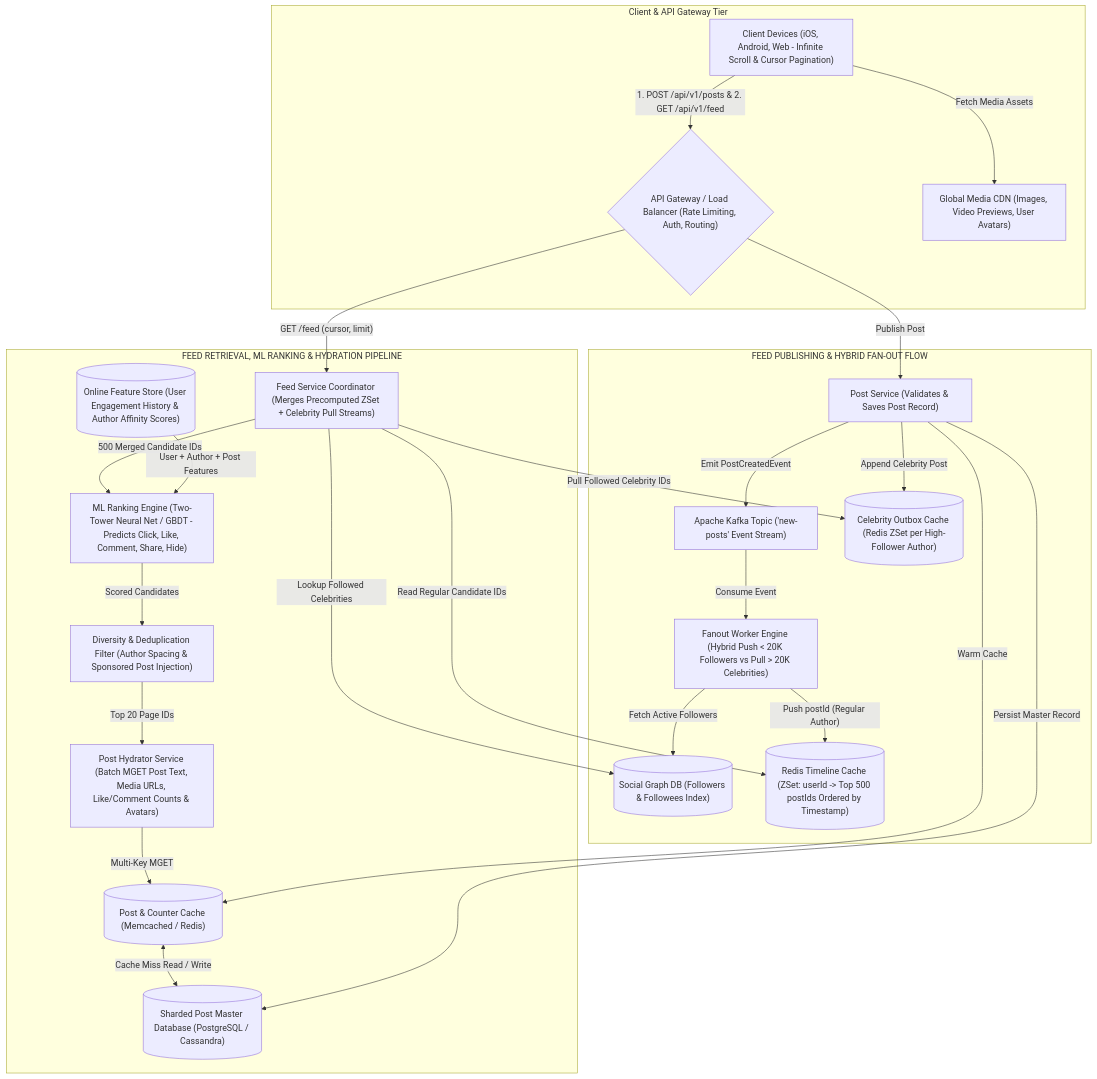
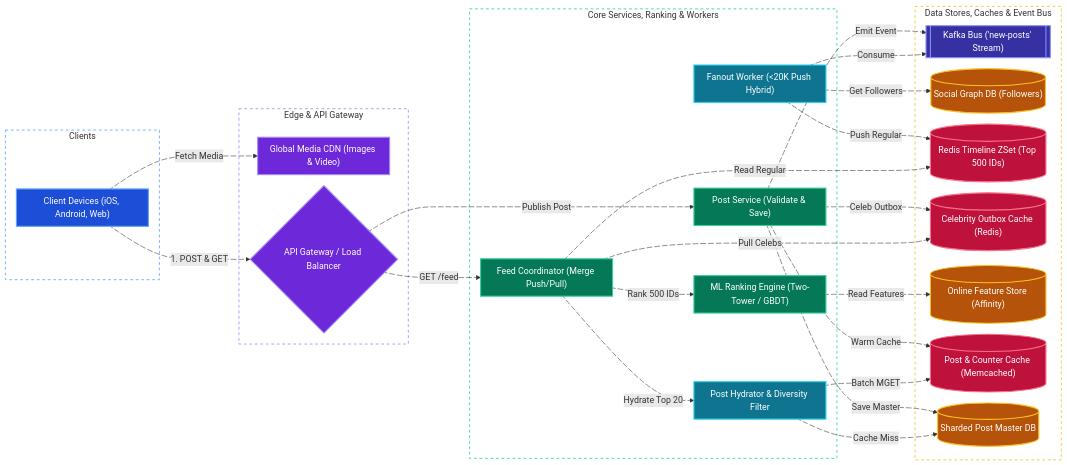
One commit to tarunbatta/tech-interview-prep changed the third of 4 diagrams in system-design/news-feed.md. Above: the diagram before and after it, drawn with Mermaid. The commit also changed other lines of this file and 30 other files, not shown here.

First line of the commit message:
docs(system-design): convert Mermaid flowcharts to LR with colors and animated edges

````diff
--- a/system-design/news-feed.md
+++ b/system-design/news-feed.md
@@ -213,45 +250,85 @@
 ```mermaid
-flowchart TD
-    subgraph ClientAndEdge["Client & API Gateway Tier"]
-        Client["Client Devices (iOS, Android, Web - Infinite Scroll & Cursor Pagination)"]
-        Gateway{"API Gateway / Load Balancer (Rate Limiting, Auth, Routing)"}
-        CDN["Global Media CDN (Images, Video Previews, User Avatars)"]
+%%{init: {'flowchart': {'nodeSpacing': 20, 'rankSpacing': 40, 'padding': 10}}}%%
+flowchart LR
+    subgraph ClientTier["Clients"]
+        Client["Client Devices (iOS, Android, Web)"]
     end
-    subgraph PublishingAndFanout["FEED PUBLISHING & HYBRID FAN-OUT FLOW"]
-        PostSvc["Post Service (Validates & Saves Post Record)"]
-        KafkaPosts["Apache Kafka Topic ('new-posts' Event Stream)"]
-        FanoutSvc["Fanout Worker Engine (Hybrid Push < 20K Followers vs Pull > 20K Celebrities)"]
-        UserGraph[("Social Graph DB (Followers & Followees Index)")]
-        RedisTimeline[("Redis Timeline Cache (ZSet: userId -> Top 500 postIds Ordered by Timestamp)")]
-        CelebrityCache[("Celebrity Outbox Cache (Redis ZSet per High-Follower Author)")]
-        PostSvc -->|"Emit PostCreatedEvent"| KafkaPosts
-        KafkaPosts -->|"Consume Event"| FanoutSvc
-        FanoutSvc -->|"Fetch Active Followers"| UserGraph
-        FanoutSvc -->|"Push postId (Regular Author)"| RedisTimeline
-        PostSvc -->|"Append Celebrity Post"| CelebrityCache
+    subgraph EdgeTier["Edge & API Gateway"]
+        CDN["Global Media CDN (Images & Video)"]
+        Gateway{"API Gateway / Load Balancer"}
     end
-    subgraph RetrievalAndRanking["FEED RETRIEVAL, ML RANKING & HYDRATION PIPELINE"]
-        FeedSvc["Feed Service Coordinator (Merges Precomputed ZSet + Celebrity Pull Streams)"]
-        FeatureStore[("Online Feature Store (User Engagement History & Author Affinity Scores)")]
-        Ranker["ML Ranking Engine (Two-Tower Neural Net / GBDT - Predicts Click, Like, Comment, Share, Hide)"]
-        DiversityFilter["Diversity & Deduplication Filter (Author Spacing & Sponsored Post Injection)"]
-        Hydrator["Post Hydrator Service (Batch MGET Post Text, Media URLs, Like/Comment Counts & Avatars)"]
-        PostCache[("Post & Counter Cache (Memcached / Redis)")]
-        PostMasterDB[("Sharded Post Master Database (PostgreSQL / Cassandra)")]
-        FeedSvc -->|"500 Merged Candidate IDs"| Ranker
-        FeatureStore -->|"User + Author + Post Features"| Ranker
-        Ranker -->|"Scored Candidates"| DiversityFilter
-        DiversityFilter -->|"Top 20 Page IDs"| Hydrator
-        Hydrator -->|"Multi-Key MGET"| PostCache
-        PostCache <-->|"Cache Miss Read / Write"| PostMasterDB
+    subgraph CoreServices["Core Services, Ranking & Workers"]
+        PostSvc["Post Service (Validate & Save)"]
+        FanoutSvc["Fanout Worker (<20K Push Hybrid)"]
+        FeedSvc["Feed Coordinator (Merge Push/Pull)"]
+        Ranker["ML Ranking Engine (Two-Tower / GBDT)"]
+        Hydrator["Post Hydrator & Diversity Filter"]
     end
-    Client -->|"1. POST /api/v1/posts & 2. GET /api/v1/feed"| Gateway
-    Client -->|"Fetch Media Assets"| CDN
-    Gateway -->|"Publish Post"| PostSvc
-    PostSvc -->|"Persist Master Record"| PostMasterDB
-    PostSvc -->|"Warm Cache"| PostCache
-    Gateway -->|"GET /feed (cursor, limit)"| FeedSvc
-    FeedSvc -->|"Read Regular Candidate IDs"| RedisTimeline
-    FeedSvc -->|"Pull Followed Celebrity IDs"| CelebrityCache
-    FeedSvc -->|"Lookup Followed Celebrities"| UserGraph
+    subgraph DataAndEventTier["Data Stores, Caches & Event Bus"]
+        KafkaPosts[["Kafka Bus ('new-posts' Stream)"]]
+        UserGraph[("Social Graph DB (Followers)")]
+        RedisTimeline[("Redis Timeline ZSet (Top 500 IDs)")]
+        CelebrityCache[("Celebrity Outbox Cache (Redis)")]
+        FeatureStore[("Online Feature Store (Affinity)")]
+        PostCache[("Post & Counter Cache (Memcached)")]
+        PostMasterDB[("Sharded Post Master DB")]
+    end
+    Client e1@-->|"1. POST & GET"| Gateway
+    Client e2@-->|"Fetch Media"| CDN
+    Gateway e3@-->|"Publish Post"| PostSvc
+    Gateway e4@-->|"GET /feed"| FeedSvc
+    PostSvc e5@-->|"Save Master"| PostMasterDB
+    PostSvc e6@-->|"Warm Cache"| PostCache
+    PostSvc e7@-->|"Celeb Outbox"| CelebrityCache
+    PostSvc e8@-->|"Emit Event"| KafkaPosts
+    FanoutSvc e9@-->|"Consume"| KafkaPosts
+    FanoutSvc e10@-->|"Get Followers"| UserGraph
+    FanoutSvc e11@-->|"Push Regular"| RedisTimeline
+    FeedSvc e12@-->|"Read Regular"| RedisTimeline
+    FeedSvc e13@-->|"Pull Celebs"| CelebrityCache
+    FeedSvc e14@-->|"Rank 500 IDs"| Ranker
+    Ranker e15@-->|"Read Features"| FeatureStore
+    FeedSvc e16@-->|"Hydrate Top 20"| Hydrator
+    Hydrator e17@-->|"Batch MGET"| PostCache
+    Hydrator e18@-->|"Cache Miss"| PostMasterDB
+
+    e1@{ animate: true }
+    e2@{ animate: true }
+    e3@{ animate: true }
+    e4@{ animate: true }
+    e5@{ animate: true }
+    e6@{ animate: true }
+    e7@{ animate: true }
+    e8@{ animate: true }
+    e9@{ animate: true }
+    e10@{ animate: true }
+    e11@{ animate: true }
+    e12@{ animate: true }
+    e13@{ animate: true }
+    e14@{ animate: true }
+    e15@{ animate: true }
+    e16@{ animate: true }
+    e17@{ animate: true }
+    e18@{ animate: true }
+
+    classDef client fill:#1d4ed8,stroke:#60a5fa,stroke-width:2px,color:#ffffff
+    classDef edge fill:#6d28d9,stroke:#a78bfa,stroke-width:2px,color:#ffffff
+    classDef service fill:#047857,stroke:#34d399,stroke-width:2px,color:#ffffff
+    classDef worker fill:#0e7490,stroke:#22d3ee,stroke-width:2px,color:#ffffff
+    classDef cache fill:#be123c,stroke:#fb7185,stroke-width:2px,color:#ffffff
+    classDef storage fill:#b45309,stroke:#fbbf24,stroke-width:2px,color:#ffffff
+    classDef queue fill:#3730a3,stroke:#818cf8,stroke-width:2px,color:#ffffff
+
+    class Client client
+    class CDN,Gateway edge
+    class PostSvc,FeedSvc,Ranker service
+    class FanoutSvc,Hydrator worker
+    class RedisTimeline,CelebrityCache,PostCache cache
+    class UserGraph,FeatureStore,PostMasterDB storage
+    class KafkaPosts queue
+
+    style ClientTier fill:transparent,stroke:#60a5fa,stroke-width:1.5px,stroke-dasharray: 5 5
+    style EdgeTier fill:transparent,stroke:#a78bfa,stroke-width:1.5px,stroke-dasharray: 5 5
+    style CoreServices fill:transparent,stroke:#34d399,stroke-width:1.5px,stroke-dasharray: 5 5
+    style DataAndEventTier fill:transparent,stroke:#fbbf24,stroke-width:1.5px,stroke-dasharray: 5 5
 ```
````
